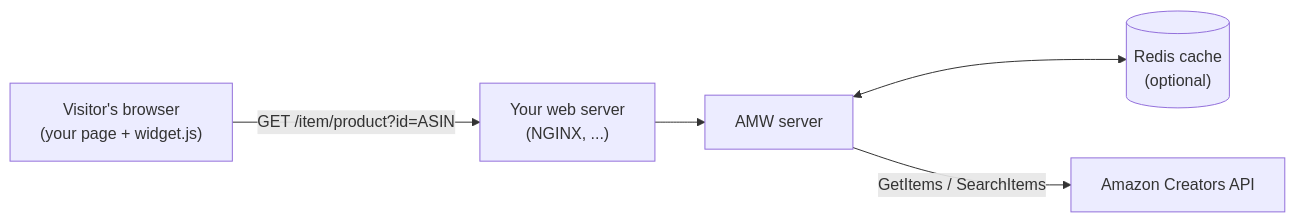
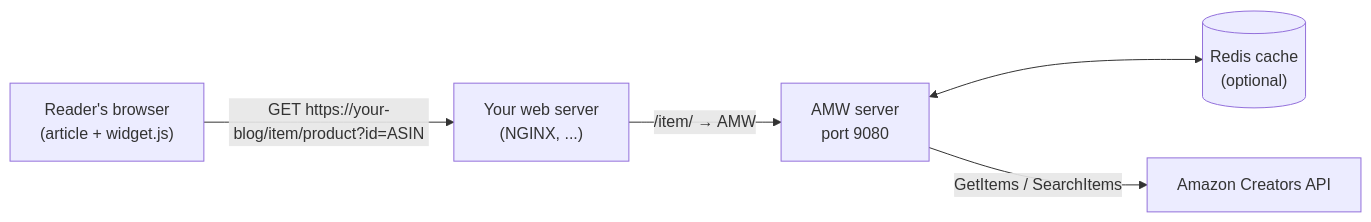
One commit to ltoinel/amw changed the diagram in docs/installation/index.md. Above: the diagram before and after it, drawn with Mermaid. The commit also changed other lines of this file and 32 other files, not shown here.

````diff
--- a/docs/installation/index.md
+++ b/docs/installation/index.md
@@ -21,7 +14,7 @@
 ```mermaid
 flowchart LR
-    Browser["Visitor's browser<br/>(your page + widget.js)"] -->|"GET /item/product?id=ASIN"| Proxy["Your web server<br/>(NGINX, ...)"]
-    Proxy --> AMW["AMW server"]
+    Browser["Reader's browser<br/>(article + widget.js)"] -->|"GET https://your-blog/item/product?id=ASIN"| Proxy["Your web server<br/>(NGINX, ...)"]
+    Proxy -->|"/item/ → AMW"| AMW["AMW server<br/>port 9080"]
     AMW <--> Redis[("Redis cache<br/>(optional)")]
     AMW -->|"GetItems / SearchItems"| Amazon["Amazon Creators API"]
 ```
````
